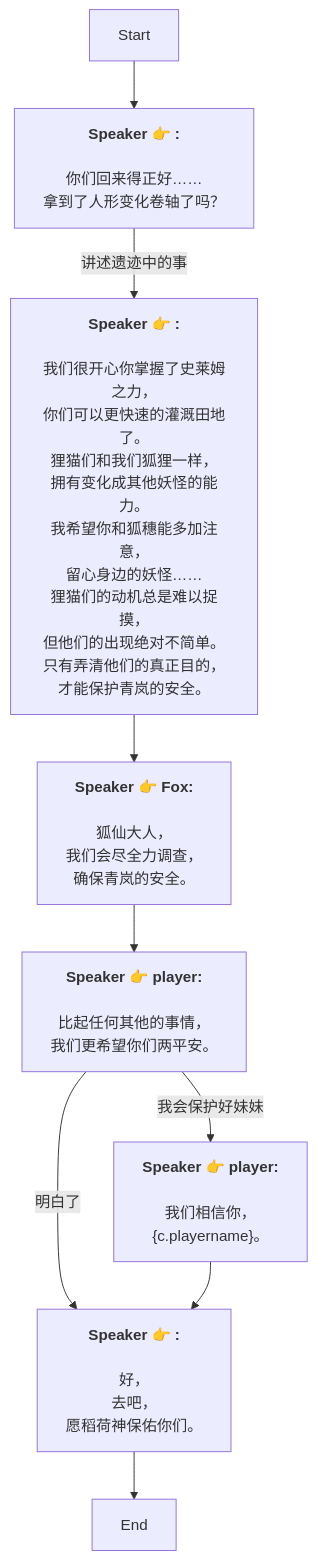
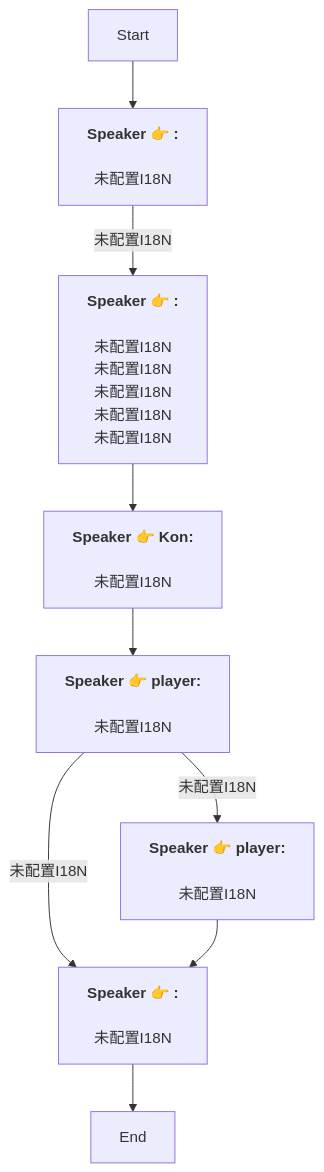
The diagram in Zh/QuestTalkObjectiveNode_1761909999151349.md (SoftHu/tos_avg), drawn with Mermaid before and after one commit. The commit also changed 730 other files, not shown here.

````diff
--- a/Zh/QuestTalkObjectiveNode_1761909999151349.md
+++ b/Zh/QuestTalkObjectiveNode_1761909999151349.md
@@ -1,33 +1,19 @@
 ```mermaid
 graph
 Start -->1761910727852289[<b>Speaker 👉 :</b>
-\n你们回来得正好……
-拿到了人形变化卷轴了吗？]
-1761910727852289 -->|讲述遗迹中的事|1761910898746629[<b>Speaker 👉 :</b>
-\n我们很开心你掌握了史莱姆之力，
-你们可以更快速的灌溉田地了。\n狸猫们和我们狐狸一样，
-拥有变化成其他妖怪的能力。\n我希望你和狐穗能多加注意，
-留心身边的妖怪……\n狸猫们的动机总是难以捉摸，
-但他们的出现绝对不简单。\n只有弄清他们的真正目的，
-才能保护青岚的安全。]
-1761910898746629 -->1761910989212934[<b>Speaker 👉 Fox:</b>
-\n狐仙大人，
-我们会尽全力调查，
-确保青岚的安全。]
+\n未配置I18N]
+1761910727852289 -->|未配置I18N|1761910898746629[<b>Speaker 👉 :</b>
+\n未配置I18N\n未配置I18N\n未配置I18N\n未配置I18N\n未配置I18N]
+1761910898746629 -->1761910989212934[<b>Speaker 👉 Kon:</b>
+\n未配置I18N]
 1761910989212934 -->1761911109766407[<b>Speaker 👉 player:</b>
-\n比起任何其他的事情，
-我们更希望你们两平安。]
-1761911109766407 -->|我会保护好妹妹|1761911308834062[<b>Speaker 👉 player:</b>
-\n我们相信你，
-&lbrace;c.playername&rbrace;。]
-1761911109766407 -->|明白了|1761911280317707[<b>Speaker 👉 :</b>
-\n好，
-去吧，
-愿稻荷神保佑你们。]
+\n未配置I18N]
+1761911109766407 -->|未配置I18N|1761911280317707[<b>Speaker 👉 :</b>
+\n未配置I18N]
+1761911109766407 -->|未配置I18N|1761911308834062[<b>Speaker 👉 player:</b>
+\n未配置I18N]
 1761911280317707 -->1761911318607119[End]
 1761911308834062 -->1761911280317707[<b>Speaker 👉 :</b>
-\n好，
-去吧，
-愿稻荷神保佑你们。]
+\n未配置I18N]
 
 ```
````
